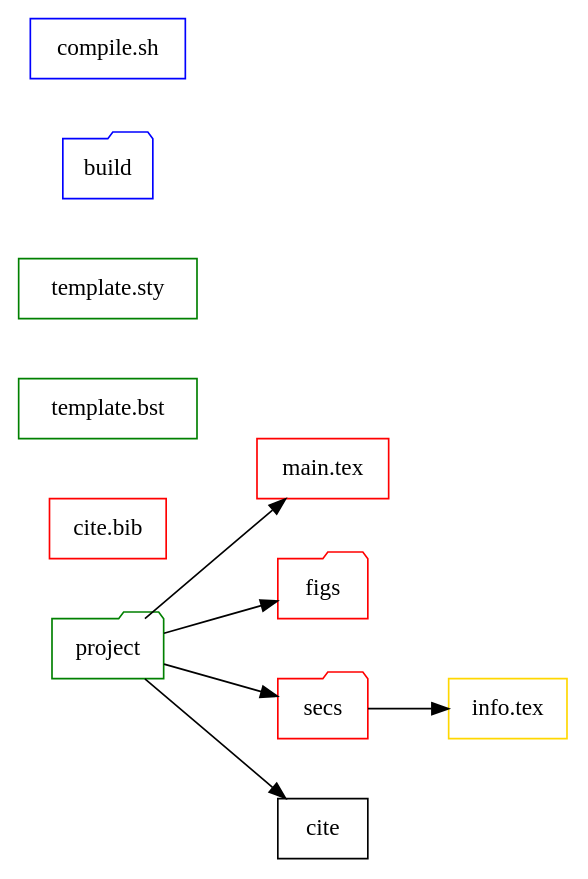
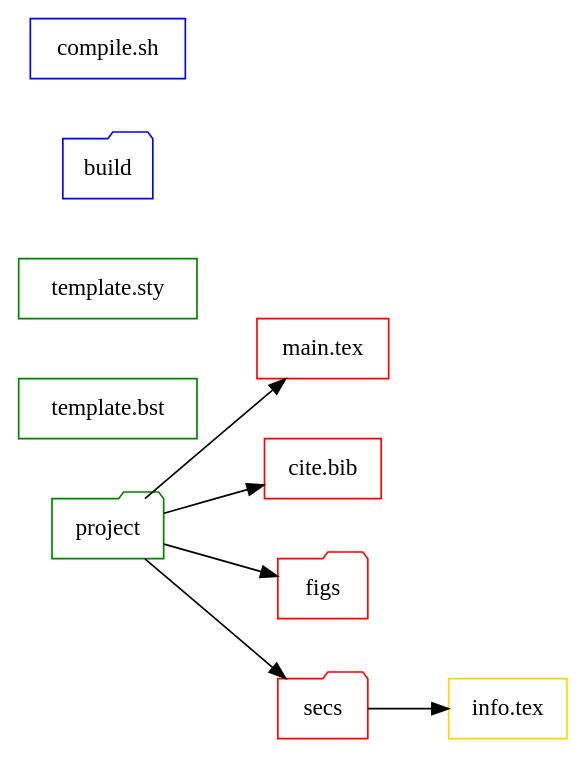
The diagram in texTemplate.org (bwtian/texTemplate), drawn with Graphviz before and after one commit. The commit also changed other lines of this file and 1 other file, not shown here.

Commit message:
- ‘.#texTemplate.org’ / ‘texTemplate.org’

```diff
--- a/texTemplate.org
+++ b/texTemplate.org
@@ -4,27 +4,27 @@
 #+BEGIN_SRC dot :file ./texTemplate.svg
   digraph {
   rankdir = LR
   fontname="Times";
   fontsize = 12;
   splines = false;
   ranksep = 0.5;
   nodesep = 0.5;
   node [shape = box]
   //1. set node
   proj [label = "project", color = green, shape="folder"]
   info [label = "info.tex", color = gold]
   main [label = "main.tex", color = red]
   bib [label = "cite.bib", color = red]
   bst [label = "template.bst", color = green]
   sty [label = "template.sty", color = green]
   fig [label = "figs", color=red, shape="folder"]
   sec [label = "secs", color=red, shape="folder"]
   build [label  = "build", color = blue, shape="folder"]
   gen [label = "compile.sh", color = blue]
   //2. set path
-  proj -> {fig sec main cite}
+  proj -> {fig sec main bib}
   sec -> {info}
   //3. set rank
 
   }
 #+END_SRC
```
